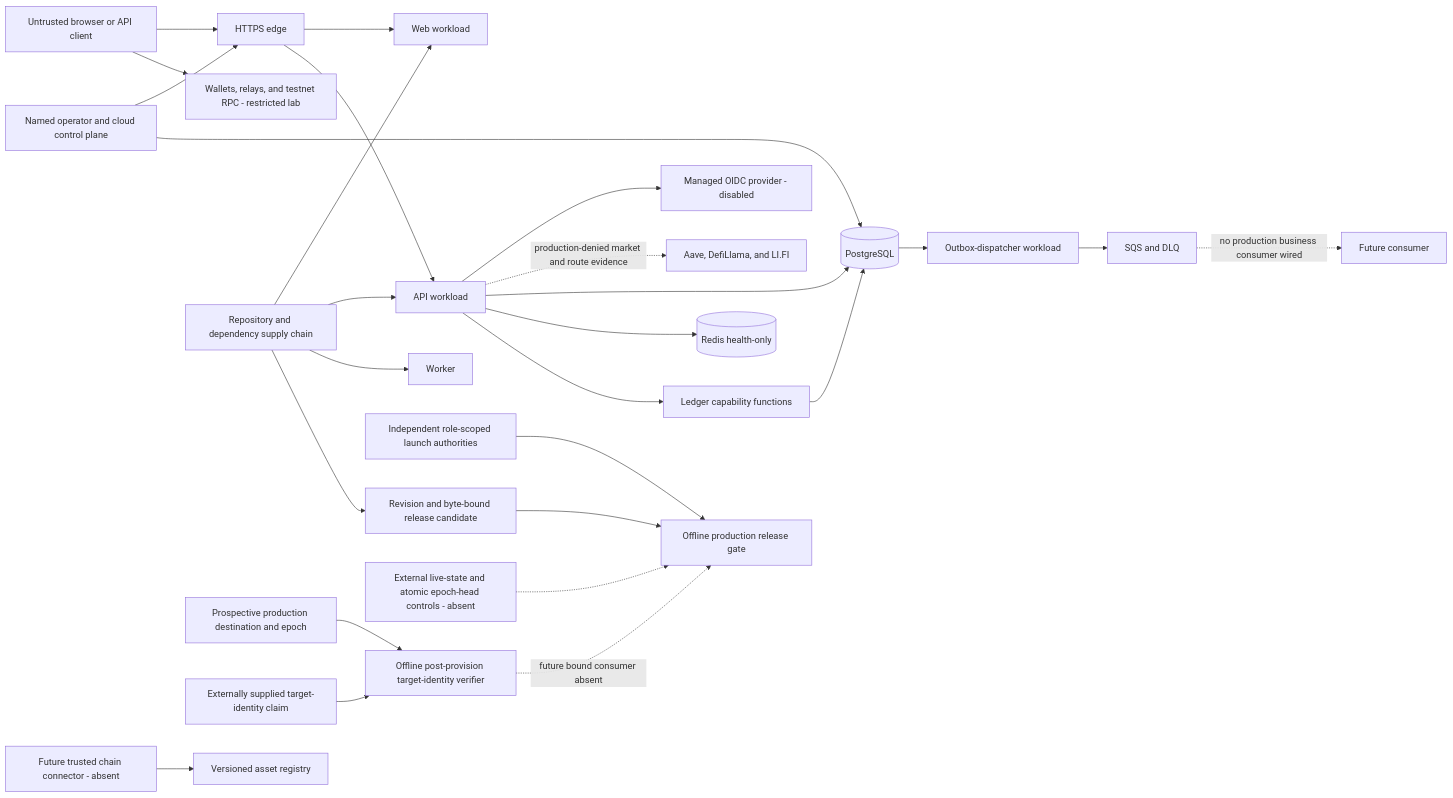
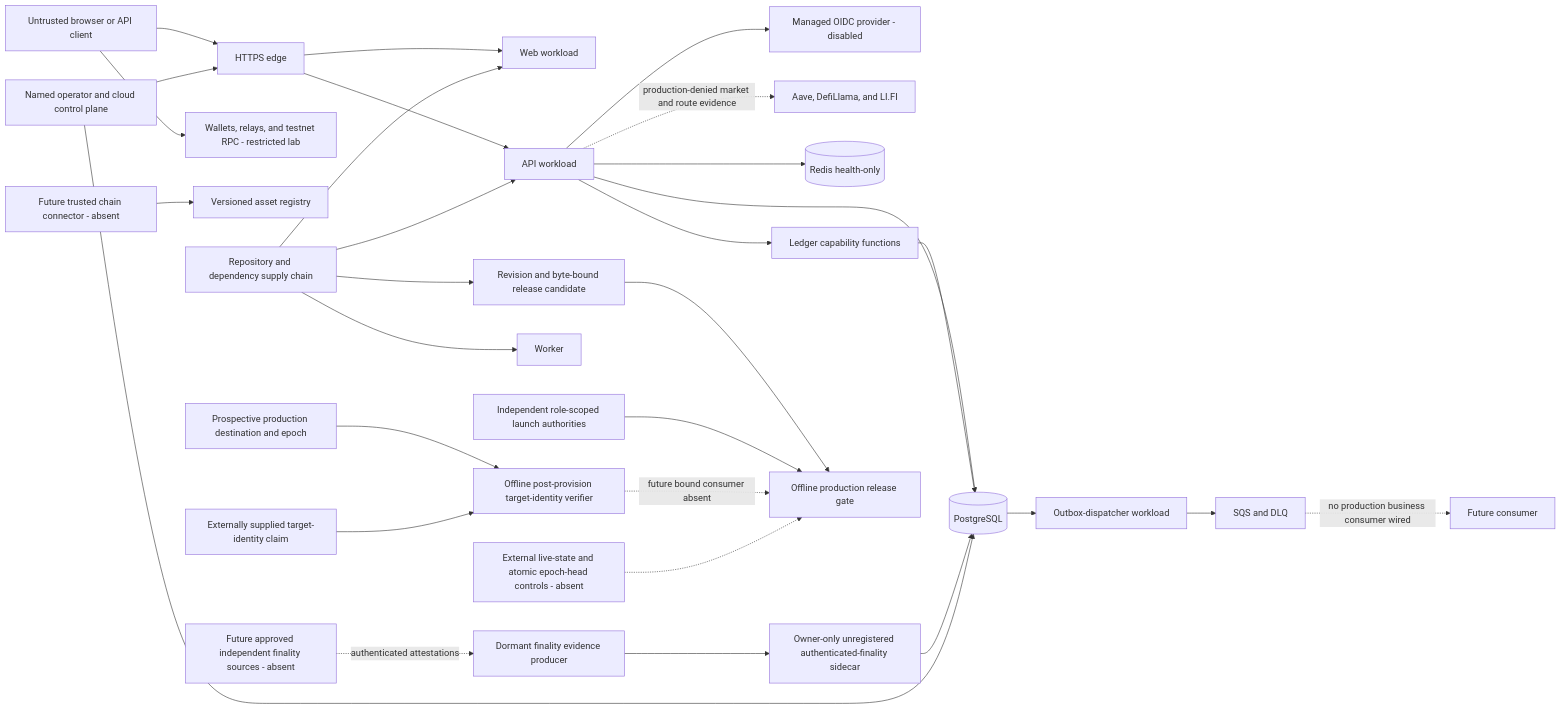
Before and after one commit to BurstCrypto/Crypto-lending: the diagram in docs/security/threat-model.md, drawn with Mermaid. The commit also changed other lines of this file and 4 other files, not shown here.

Commit message:
docs(security): seal authenticated finality threats

````diff
--- a/docs/security/threat-model.md
+++ b/docs/security/threat-model.md
@@ -46,29 +46,32 @@
 ```mermaid
 flowchart LR
   Client[Untrusted browser or API client] --> Edge[HTTPS edge]
   Edge --> Web[Web workload]
   Edge --> API[API workload]
   API --> IdP[Managed OIDC provider - disabled]
   API -. production-denied market and route evidence .-> FeedVendors[Aave, DefiLlama, and LI.FI]
   Client --> Wallet[Wallets, relays, and testnet RPC - restricted lab]
   API --> DB[(PostgreSQL)]
   API --> Redis[(Redis health-only)]
   DB --> Dispatcher[Outbox-dispatcher workload]
   Dispatcher --> Queue[SQS and DLQ]
   Queue -. no production business consumer wired .-> FutureConsumer[Future consumer]
   API --> Ledger[Ledger capability functions]
   Ledger --> DB
   Connector[Future trusted chain connector - absent] --> Registry[Versioned asset registry]
+  FinalitySources[Future approved independent finality sources - absent] -. authenticated attestations .-> FinalityProducer[Dormant finality evidence producer]
+  FinalityProducer --> FinalitySidecar[Owner-only unregistered authenticated-finality sidecar]
+  FinalitySidecar --> DB
   Operator[Named operator and cloud control plane] --> Edge
   Operator --> DB
   Repository[Repository and dependency supply chain] --> Web
   Repository --> API
   Repository --> Worker
   Repository --> Candidate[Revision and byte-bound release candidate]
   Candidate --> Gate[Offline production release gate]
   Authorities[Independent role-scoped launch authorities] --> Gate
   Destination[Prospective production destination and epoch] --> Enrollment[Offline post-provision target-identity verifier]
   ClaimedTarget[Externally supplied target-identity claim] --> Enrollment
   Enrollment -. future bound consumer absent .-> Gate
   LiveState[External live-state and atomic epoch-head controls - absent] -.-> Gate
 ```
````
